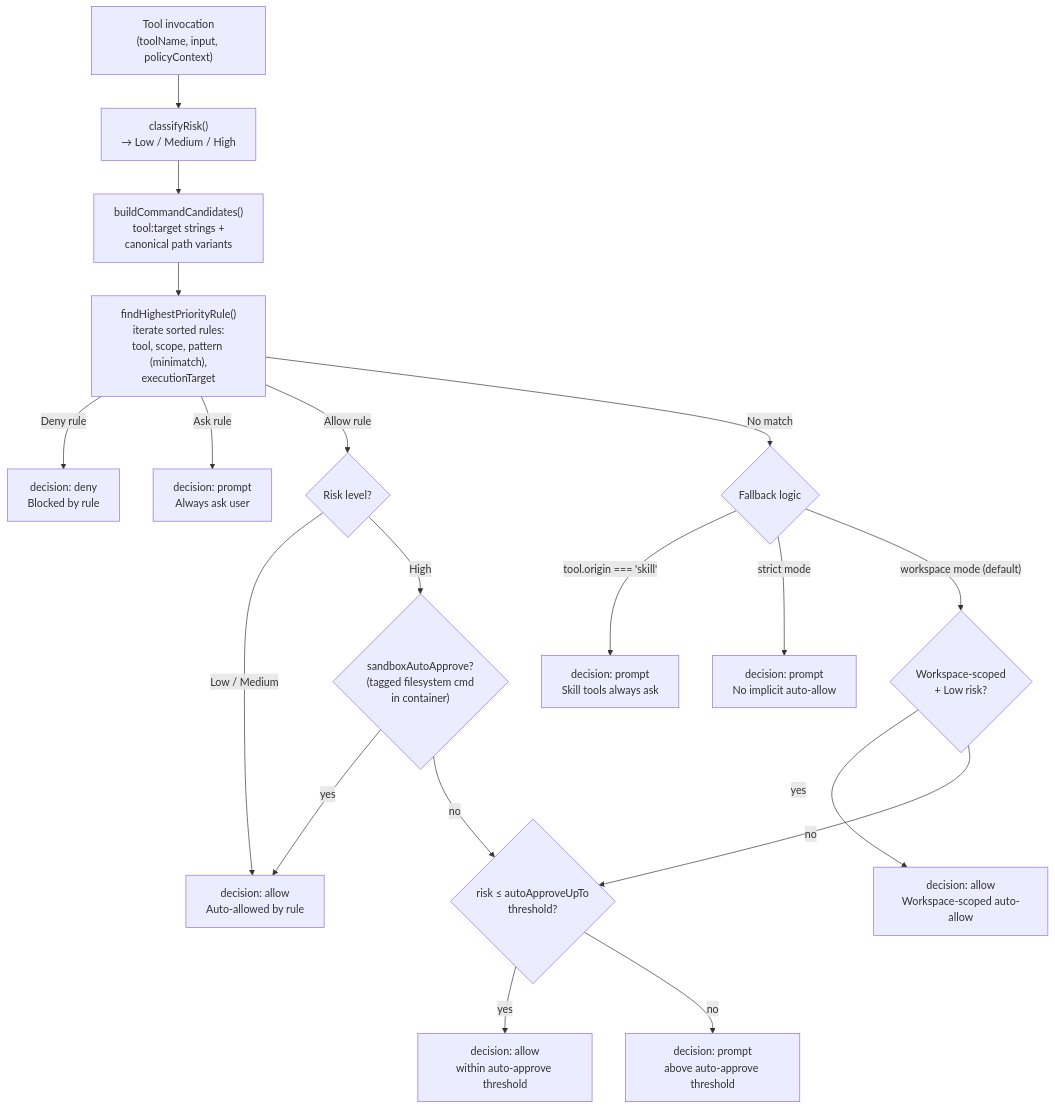
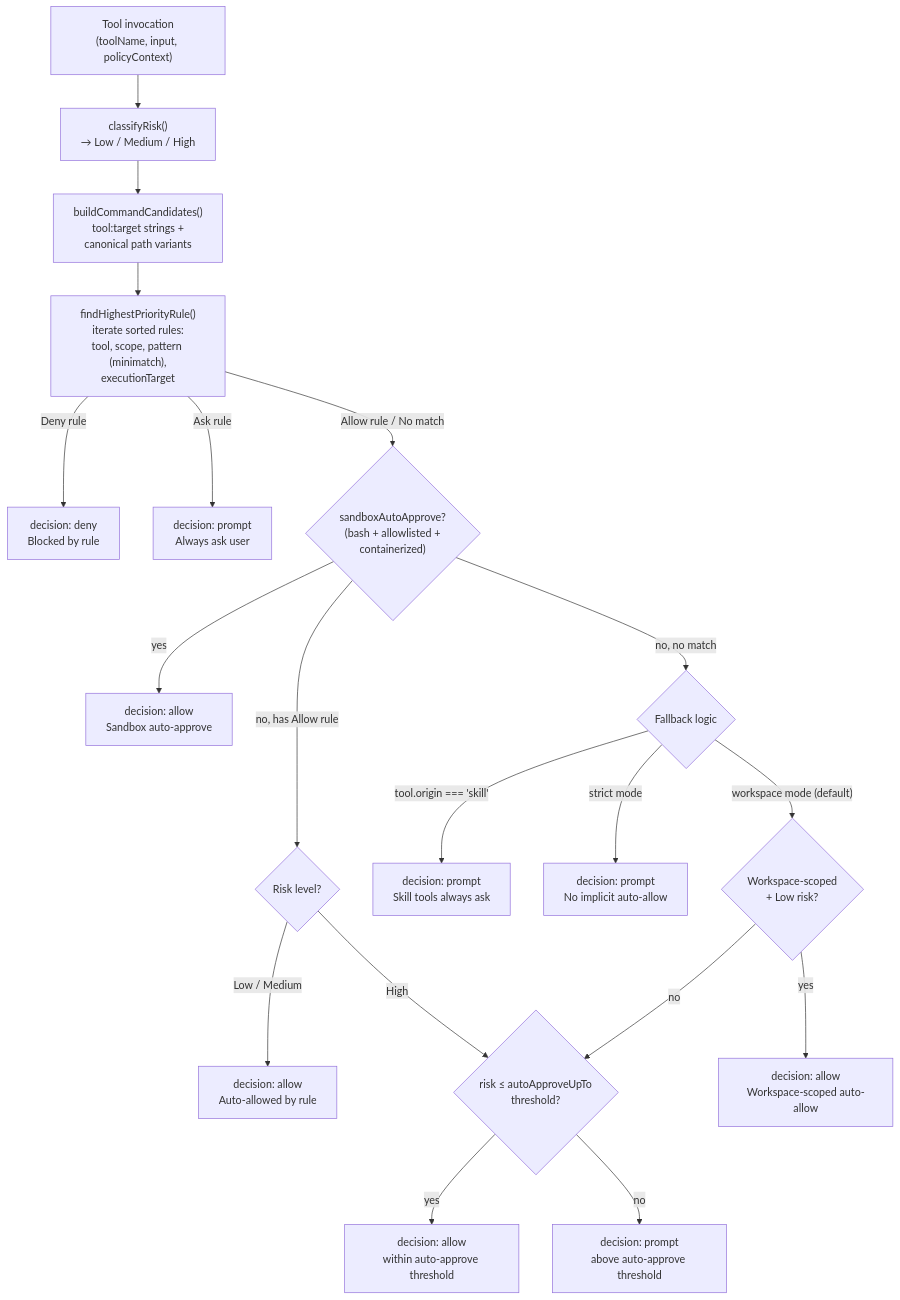
One commit to vellum-ai/vellum-assistant changed the first of 4 diagrams in assistant/docs/architecture/security.md. Above: the diagram before and after it, drawn with Mermaid. The commit also changed 1 other file, not shown here.

Commit message:
fix: correct Mermaid diagrams to show sandbox auto-approve as independent step

````diff
--- a/assistant/docs/architecture/security.md
+++ b/assistant/docs/architecture/security.md
@@ -11,26 +11,27 @@
 ```mermaid
 graph TB
     TOOL_CALL["Tool invocation<br/>(toolName, input, policyContext)"] --> CLASSIFY["classifyRisk()<br/>→ Low / Medium / High"]
     CLASSIFY --> CANDIDATES["buildCommandCandidates()<br/>tool:target strings +<br/>canonical path variants"]
     CANDIDATES --> FIND_RULE["findHighestPriorityRule()<br/>iterate sorted rules:<br/>tool, scope, pattern (minimatch),<br/>executionTarget"]
 
     FIND_RULE -->|"Deny rule"| DENY["decision: deny<br/>Blocked by rule"]
     FIND_RULE -->|"Ask rule"| PROMPT_ASK["decision: prompt<br/>Always ask user"]
-    FIND_RULE -->|"Allow rule"| RISK_CHECK{"Risk level?"}
-    FIND_RULE -->|"No match"| NO_MATCH{"Fallback logic"}
+    FIND_RULE -->|"Allow rule / No match"| SANDBOX_CHECK{"sandboxAutoApprove?<br/>(bash + allowlisted +<br/>containerized)"}
+
+    SANDBOX_CHECK -->|"yes"| AUTO_SANDBOX["decision: allow<br/>Sandbox auto-approve"]
+    SANDBOX_CHECK -->|"no, has Allow rule"| RISK_CHECK{"Risk level?"}
+    SANDBOX_CHECK -->|"no, no match"| NO_MATCH{"Fallback logic"}
 
     RISK_CHECK -->|"Low / Medium"| AUTO_ALLOW["decision: allow<br/>Auto-allowed by rule"]
-    RISK_CHECK -->|"High"| HIGH_CHECK{"sandboxAutoApprove?<br/>(tagged filesystem cmd<br/>in container)"}
-    HIGH_CHECK -->|"yes"| AUTO_ALLOW
-    HIGH_CHECK -->|"no"| RISK_THRESHOLD{"Risk-based<br/>threshold fallback"}
+    RISK_CHECK -->|"High"| RISK_THRESHOLD{"Risk-based<br/>threshold fallback"}
 
     NO_MATCH -->|"tool.origin === 'skill'"| PROMPT_SKILL["decision: prompt<br/>Skill tools always ask"]
     NO_MATCH -->|"strict mode"| PROMPT_STRICT["decision: prompt<br/>No implicit auto-allow"]
     NO_MATCH -->|"workspace mode (default)"| WS_CHECK{"Workspace-scoped<br/>+ Low risk?"}
     WS_CHECK -->|"yes"| AUTO_WS["decision: allow<br/>Workspace-scoped auto-allow"]
     WS_CHECK -->|"no"| RISK_THRESHOLD
 
     RISK_THRESHOLD{"risk ≤ autoApproveUpTo<br/>threshold?"}
     RISK_THRESHOLD -->|"yes"| AUTO_THRESHOLD["decision: allow<br/>within auto-approve threshold"]
     RISK_THRESHOLD -->|"no"| PROMPT_THRESHOLD["decision: prompt<br/>above auto-approve threshold"]
 ```
````
